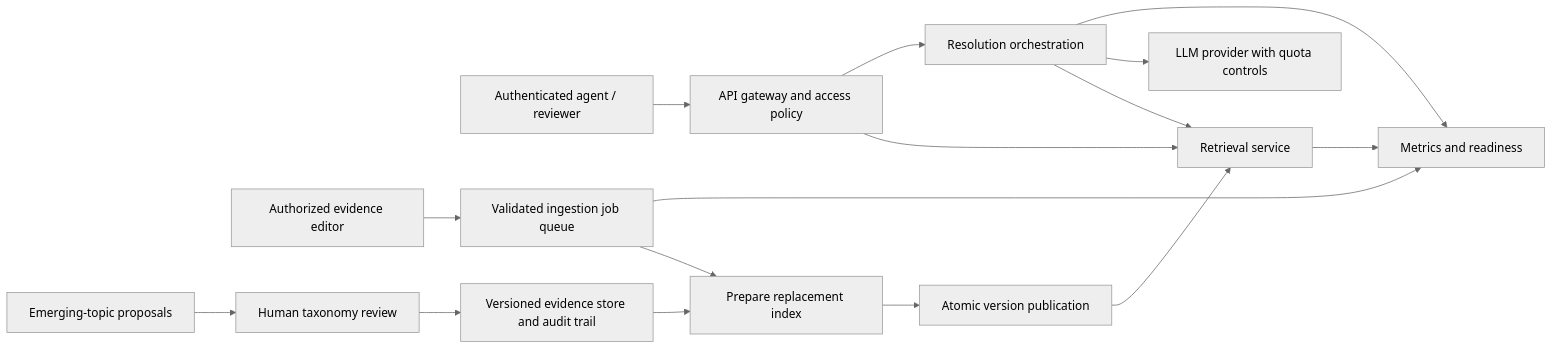
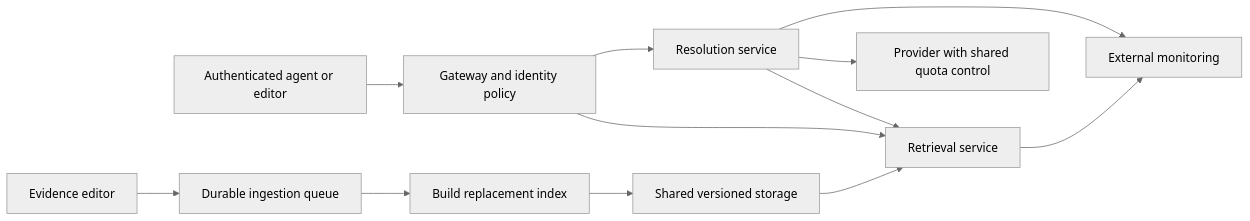
Before and after one commit to TejaswiniG06/TeleAssist-prodapt: the second of 2 diagrams in docs/architecture.md, drawn with Mermaid (neutral theme). The commit also changed other lines of this file and 22 other files, not shown here.

````diff
--- a/docs/architecture.md
+++ b/docs/architecture.md
@@ -48,18 +106,14 @@
 ```mermaid
 flowchart LR
-    Client[Authenticated agent / reviewer] --> Gateway[API gateway and access policy]
-    Gateway --> Retrieval[Retrieval service]
-    Gateway --> Resolution[Resolution orchestration]
+    Client["Authenticated agent or editor"] --> Gateway["Gateway and identity policy"]
+    Gateway --> Retrieval["Retrieval service"]
+    Gateway --> Resolution["Resolution service"]
     Resolution --> Retrieval
-    Resolution --> Provider[LLM provider with quota controls]
-    Reviewer[Authorized evidence editor] --> Jobs[Validated ingestion job queue]
-    Jobs --> Build[Prepare replacement index]
-    Build --> Publish[Atomic version publication]
-    Publish --> Retrieval
-    Store[Versioned evidence store and audit trail] --> Build
-    Retrieval --> Metrics[Metrics and readiness]
+    Resolution --> Provider["Provider with shared quota control"]
+    Editor["Evidence editor"] --> Queue["Durable ingestion queue"]
+    Queue --> Build["Build replacement index"]
+    Build --> Store["Shared versioned storage"]
+    Store --> Retrieval
+    Retrieval --> Metrics["External monitoring"]
     Resolution --> Metrics
-    Jobs --> Metrics
-    Topics[Emerging-topic proposals] --> Review[Human taxonomy review]
-    Review --> Store
 ```
````
